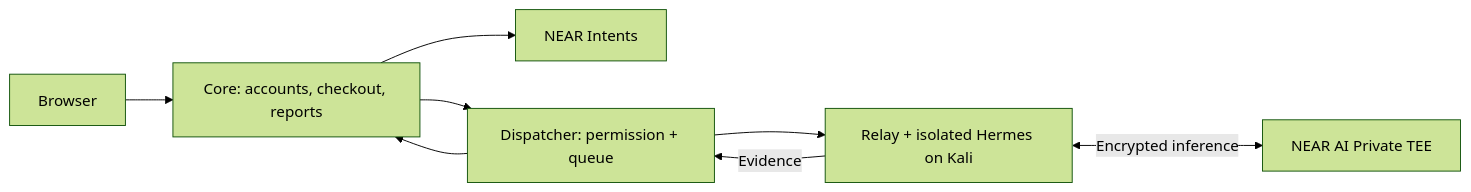
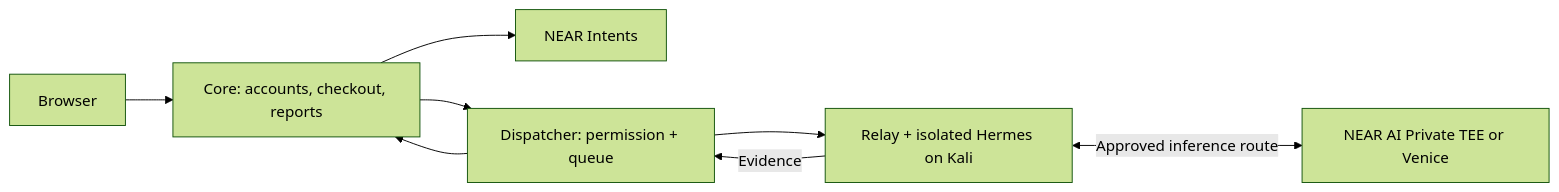
One commit to adaki2004/patchriot-core changed the second of 2 diagrams in README.md. Above: the diagram before and after it, drawn with Mermaid (forest theme). The commit also changed other lines of this file and 24 other files, not shown here.

````diff
--- a/README.md
+++ b/README.md
@@ -42,10 +42,10 @@
 ```mermaid
 flowchart LR
     B[Browser] --> C[Core: accounts, checkout, reports]
     C --> I[NEAR Intents]
     C --> D[Dispatcher: permission + queue]
     D --> R[Relay + isolated Hermes on Kali]
-    R <-->|Encrypted inference| N[NEAR AI Private TEE]
+    R <-->|Approved inference route| N[NEAR AI Private TEE or Venice]
     R -->|Evidence| D
     D --> C
 ```
````
